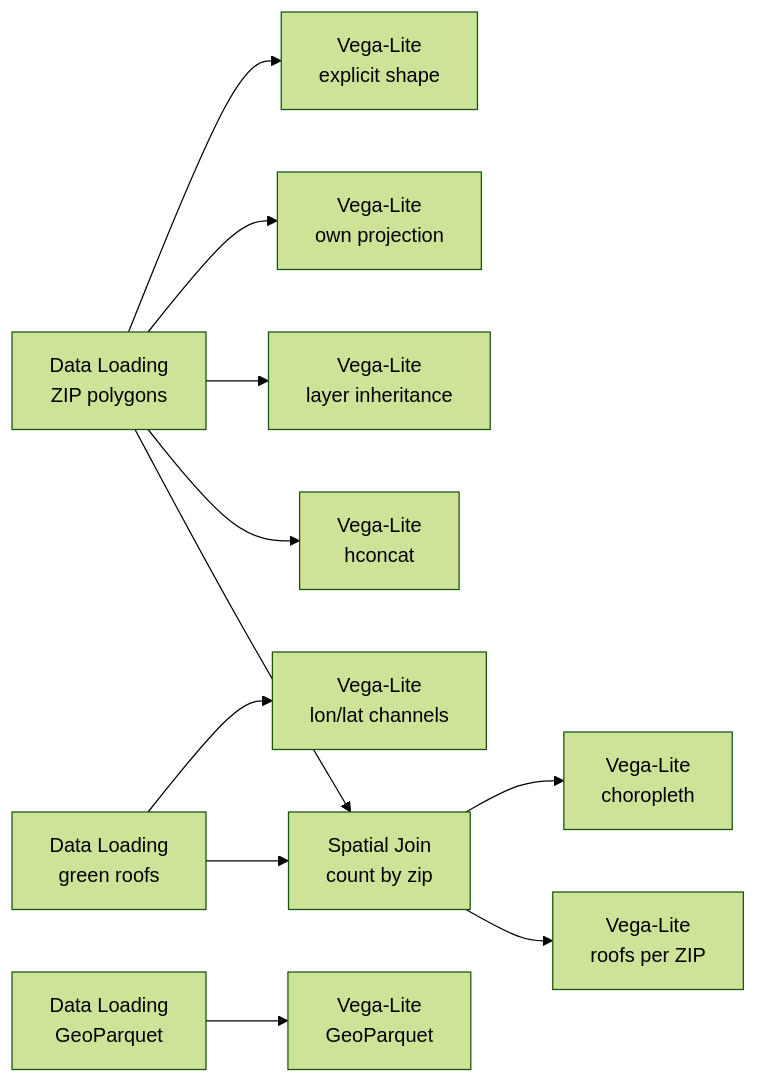
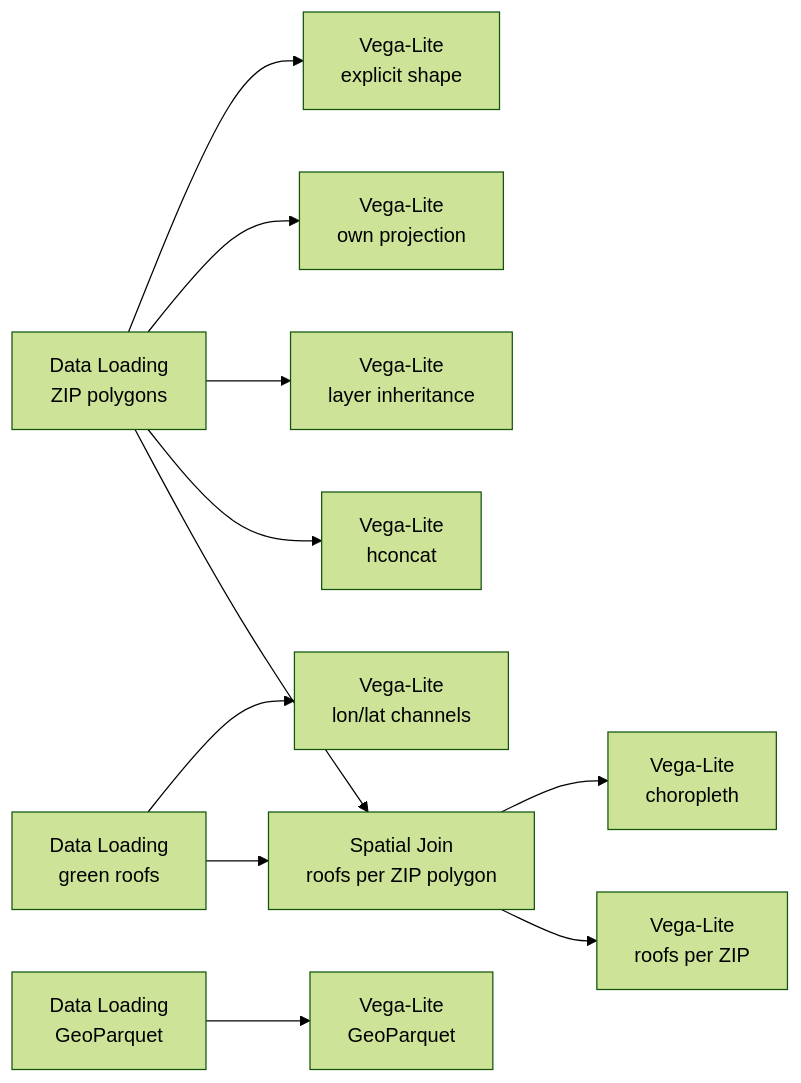
The diagram in docs/examples/15-vega-lite-spec-forms-and-catalogs.md (urban-toolkit/curio), drawn with Mermaid (forest theme) before and after one commit. The commit also changed other lines of this file and 42 other files, not shown here.

Commit message:
Spatial Join: operations on geopandas sjoin, one row per pair, example 25 (#576)

````diff
--- a/docs/examples/15-vega-lite-spec-forms-and-catalogs.md
+++ b/docs/examples/15-vega-lite-spec-forms-and-catalogs.md
@@ -14,13 +14,13 @@
 ```mermaid
 flowchart LR
   L1[Data Loading<br/>ZIP polygons] --> V16[Vega-Lite<br/>explicit shape]
   L1 --> V17[Vega-Lite<br/>own projection]
   L1 --> V18[Vega-Lite<br/>layer inheritance]
   L1 --> V19[Vega-Lite<br/>hconcat]
   L2[Data Loading<br/>green roofs] --> V20[Vega-Lite<br/>lon/lat channels]
-  L2 --> SJ[Spatial Join<br/>count by zip]
+  L2 --> SJ[Spatial Join<br/>roofs per ZIP polygon]
   L1 --> SJ
   SJ --> V23[Vega-Lite<br/>choropleth]
   SJ --> V25[Vega-Lite<br/>roofs per ZIP]
   L3[Data Loading<br/>GeoParquet] --> V24[Vega-Lite<br/>GeoParquet]
 ```
````
